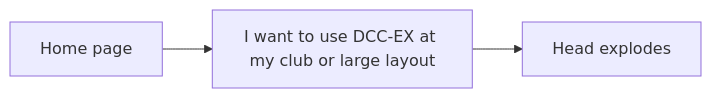
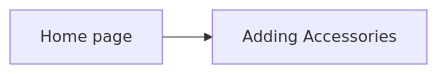
Before and after one commit to DCC-EX/mkdocs-test: the third of 6 diagrams in docs/contributing/98-user-journeys.md, drawn with Mermaid. The commit also changed other lines of this file and 2 other files, not shown here.

Commit message:
Front page and checklist updates

````diff
--- a/docs/contributing/98-user-journeys.md
+++ b/docs/contributing/98-user-journeys.md
@@ -33,5 +33,4 @@
 ```mermaid
 graph LR
-    A[Home page] --> B[I want to use DCC-EX at my club or large layout];
-    B --> C[Head explodes];
+    A[Home page] --> B[Adding Accessories];
 ```
````
